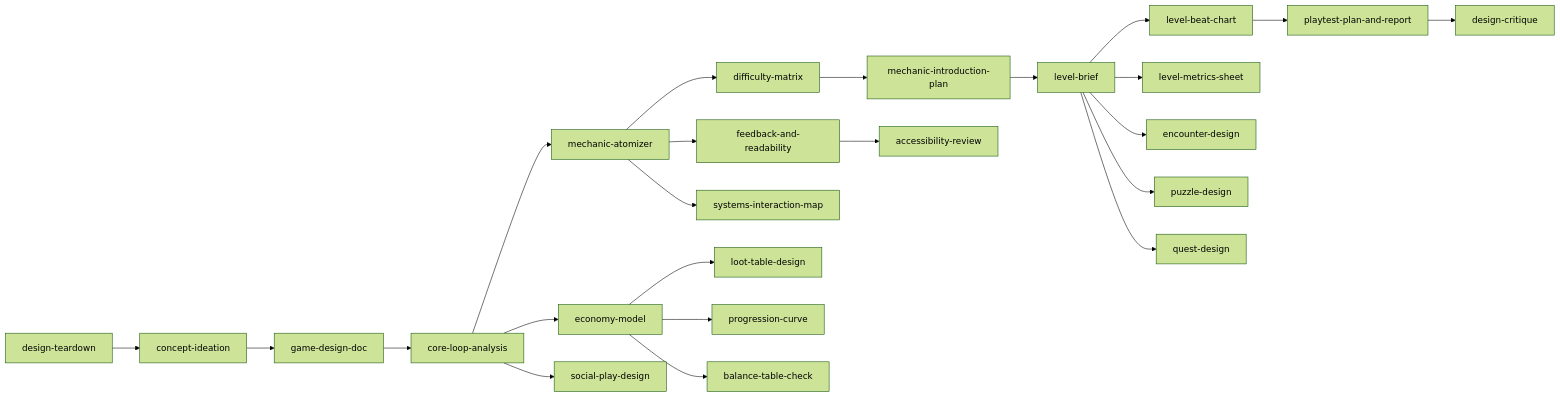
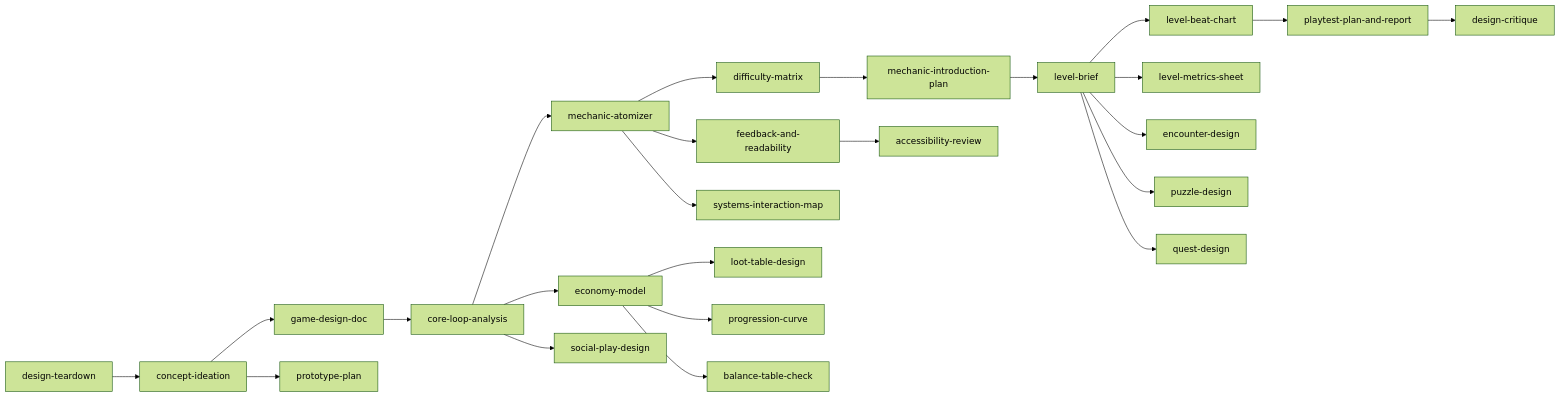
The diagram in README.md (Youtouch/Game-Design-Skills), drawn with Mermaid (forest theme) before and after one commit. The commit also changed other lines of this file and 4 other files, not shown here.

First line of the commit message:
Add prototype-plan skill with a worked example

````diff
--- a/README.md
+++ b/README.md
@@ -67,24 +68,25 @@
 ```mermaid
 graph LR
   idea[concept-ideation] --> gdd[game-design-doc]
+  idea --> proto[prototype-plan]
   teardown[design-teardown] --> idea
   gdd --> loop[core-loop-analysis]
   loop --> atom[mechanic-atomizer]
   atom --> matrix[difficulty-matrix] --> intro[mechanic-introduction-plan]
   atom --> feedback[feedback-and-readability]
   loop --> econ[economy-model]
   econ --> loot[loot-table-design]
   econ --> prog[progression-curve]
   econ --> balance[balance-table-check]
   intro --> brief[level-brief]
   brief --> beats[level-beat-chart]
   brief --> metrics[level-metrics-sheet]
   brief --> enc[encounter-design]
   brief --> puzzle[puzzle-design]
   brief --> quest[quest-design]
   atom --> systems[systems-interaction-map]
   feedback --> access[accessibility-review]
   loop --> social[social-play-design]
   beats --> test[playtest-plan-and-report]
   test --> critique[design-critique]
 ```
````
